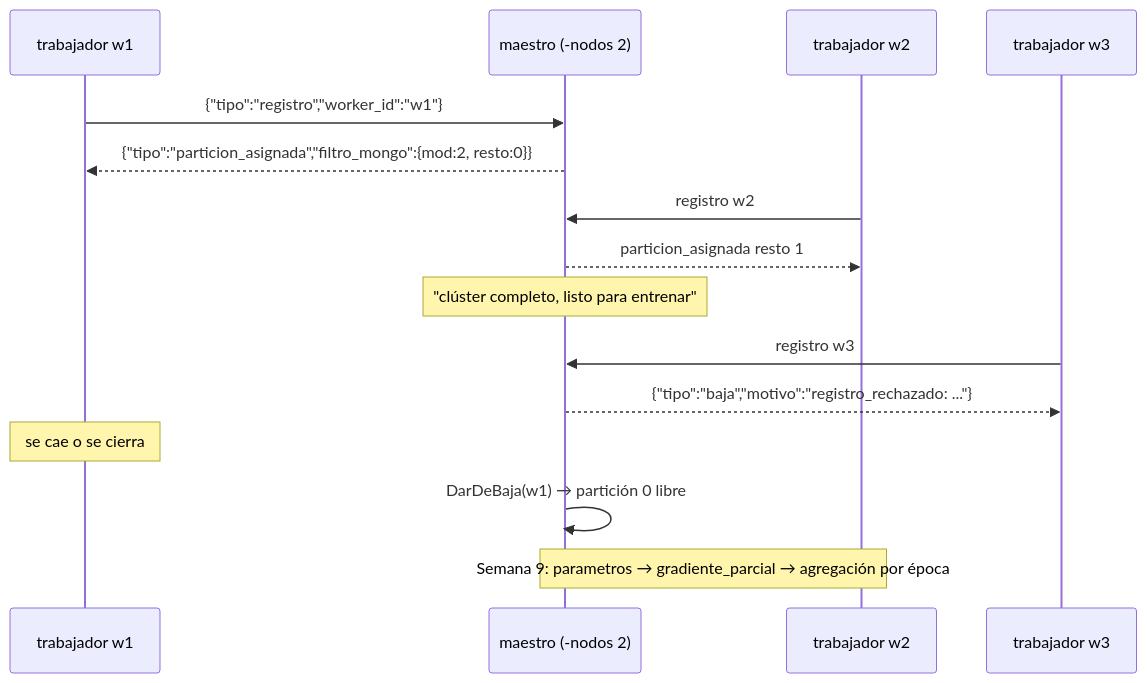
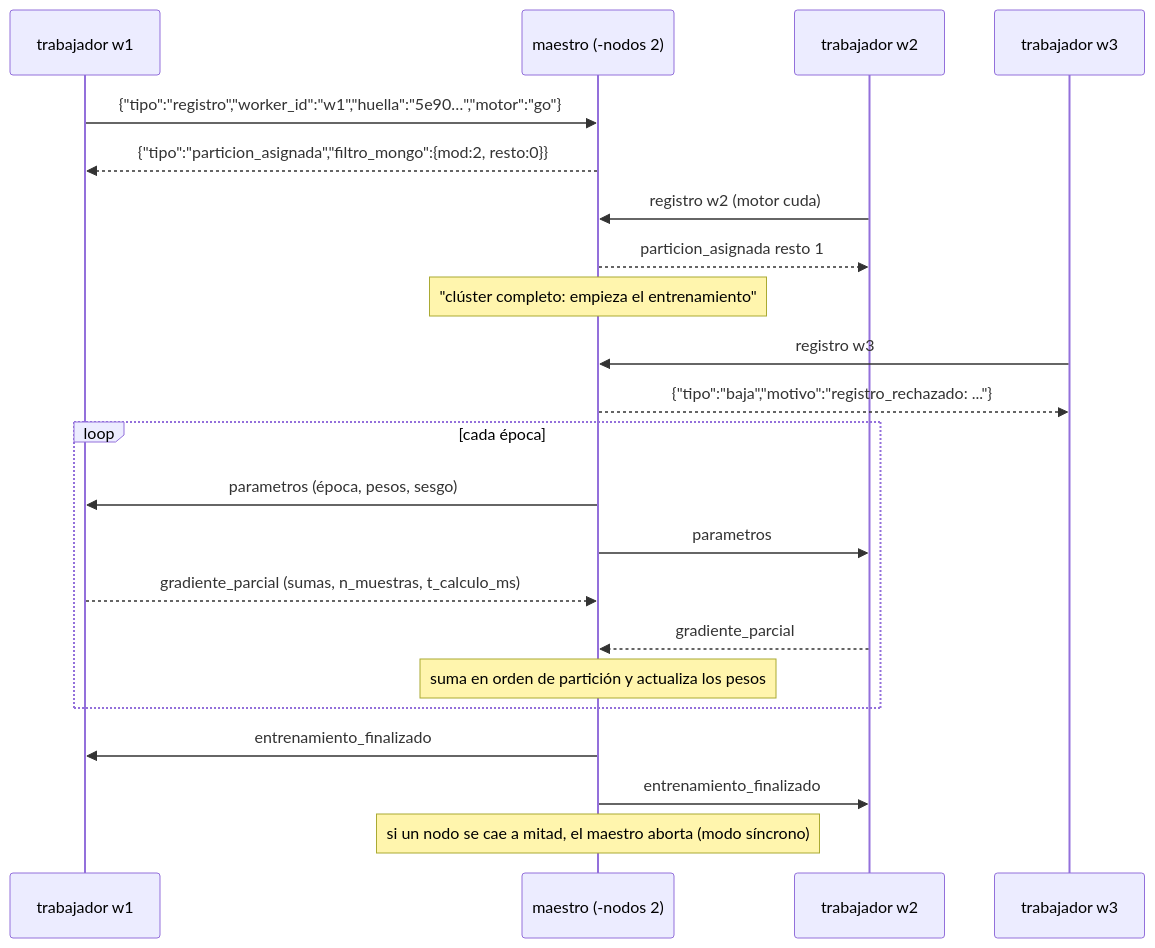
Before and after one commit to angelogp27/SACA: the seventh of 9 diagrams in docs/arquitectura.md, drawn with Mermaid. The commit also changed other lines of this file and 1 other file, not shown here.

Commit message:
docs: guía del clúster y arquitectura con el entrenamiento distribuido y enlaces al manual

````diff
--- a/docs/arquitectura.md
+++ b/docs/arquitectura.md
@@ -227,17 +227,24 @@
 ```mermaid
 sequenceDiagram
     participant W1 as trabajador w1
     participant M as maestro (-nodos 2)
     participant W2 as trabajador w2
     participant W3 as trabajador w3
-    W1->>M: {"tipo":"registro","worker_id":"w1"}
+    W1->>M: {"tipo":"registro","worker_id":"w1","huella":"5e90…","motor":"go"}
     M-->>W1: {"tipo":"particion_asignada","filtro_mongo":{mod:2, resto:0}}
-    W2->>M: registro w2
+    W2->>M: registro w2 (motor cuda)
     M-->>W2: particion_asignada resto 1
-    Note over M: "clúster completo, listo para entrenar"
+    Note over M: "clúster completo: empieza el entrenamiento"
     W3->>M: registro w3
     M-->>W3: {"tipo":"baja","motivo":"registro_rechazado: ..."}
-    Note over W1: se cae o se cierra
-    M->>M: DarDeBaja(w1) → partición 0 libre
-    Note over M,W2: Semana 9: parametros → gradiente_parcial → agregación por época
+    loop cada época
+        M->>W1: parametros (época, pesos, sesgo)
+        M->>W2: parametros
+        W1-->>M: gradiente_parcial (sumas, n_muestras, t_calculo_ms)
+        W2-->>M: gradiente_parcial
+        Note over M: suma en orden de partición y actualiza los pesos
+    end
+    M->>W1: entrenamiento_finalizado
+    M->>W2: entrenamiento_finalizado
+    Note over M: si un nodo se cae a mitad, el maestro aborta (modo síncrono)
 ```
````
